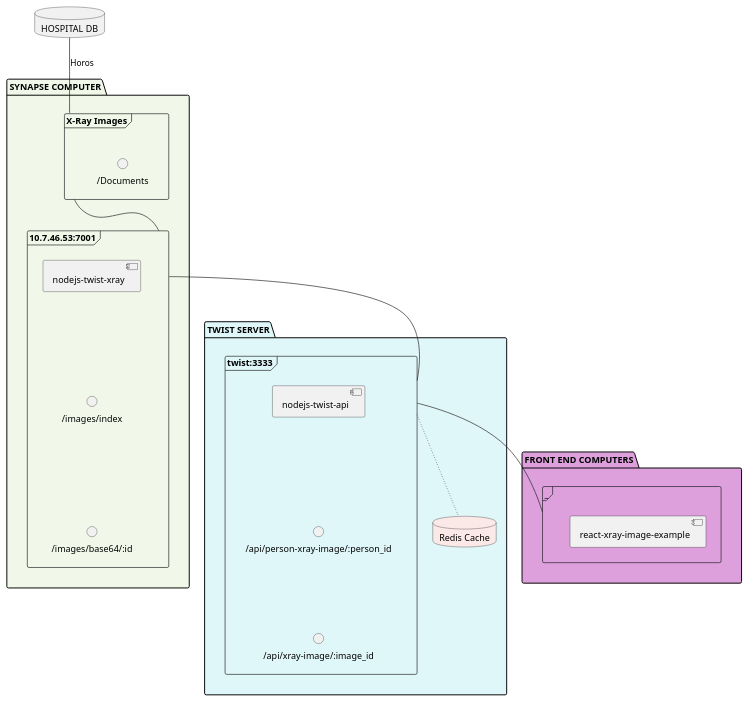
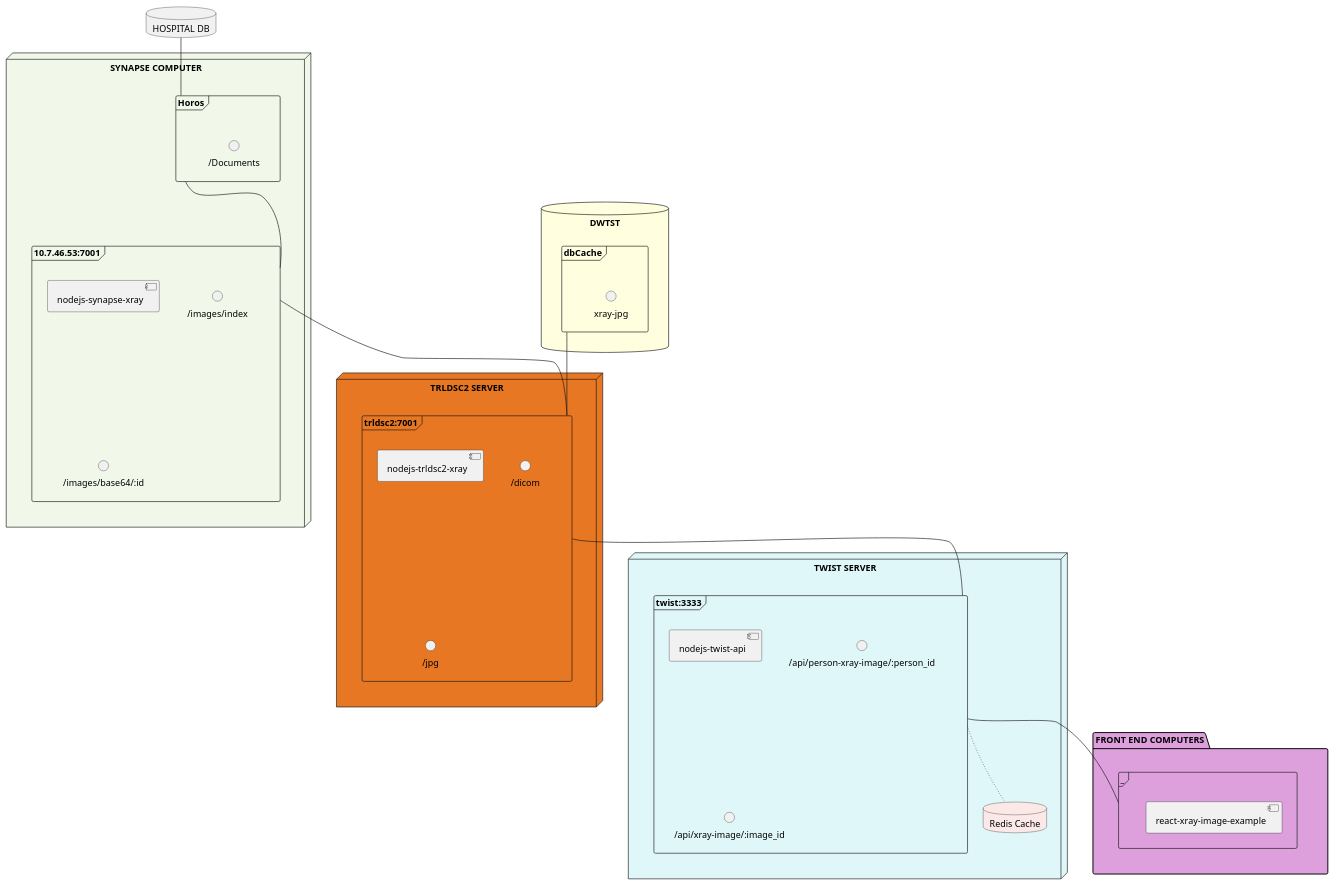
Before and after one commit to TwistTRL/nodejs-twist-api: the diagram in assets/xray-image.iuml, drawn with PlantUML. The commit also changed 2 other files, not shown here.

Commit message:
fixed a bug on inout.RESULT_VAL; added xray iuml

```diff
--- a/assets/xray-image.iuml
+++ b/assets/xray-image.iuml
@@ -1,48 +1,71 @@
 @startuml xray-image
 
 skinparam componentStyle uml2
 
 database "HOSPITAL DB" as db
 
-package "SYNAPSE COMPUTER" as synapse #f1f8e9 {
-    frame "X-Ray Images" as images {
+node "SYNAPSE COMPUTER" as synapse #f1f8e9 {
+    frame "Horos" as horos {
         interface "/Documents"
     }
 
     frame "10.7.46.53:7001" as imageAPI {
-        component "nodejs-twist-xray" as componentImageAPI
+        component "nodejs-synapse-xray" as componentImageAPI
         interface "/images/index" as imageIndex
         interface "/images/base64/:id" as imageBase
-        componentImageAPI -[hidden]down- imageIndex
-        imageIndex -[hidden]down- imageBase
+        ' componentImageAPI -[hidden]down- imageIndex
+        ' imageIndex -[hidden]down- imageBase
     }
 
-    images -- imageAPI
+    horos -- imageAPI
 }
 
-package "TWIST SERVER" as twist #e0f7fa {
+node "TRLDSC2 SERVER" as trldsc2 #e77722 {
+    frame "trldsc2:7001" as trldsc2API {
+        component "nodejs-trldsc2-xray" as trldsc2ImageAPI
+        interface "/dicom"
+        interface "/jpg"        
+    }
+}
+
+
+node "TWIST SERVER" as twist #e0f7fa {
     frame "twist:3333" as twistAPI {
         component "nodejs-twist-api" as componentTwistAPI
         interface "/api/person-xray-image/:person_id" as apiPerson
         interface "/api/xray-image/:image_id" as apiImage
-        componentTwistAPI -[hidden]down- apiPerson
-        apiPerson -[hidden]down- apiImage
+        ' componentTwistAPI -[hidden]down- apiPerson
+        ' apiPerson -[hidden]down- apiImage
     }
 
     database "Redis Cache" as Redis #fbe9e7 {
     }
 
     twistAPI ~down~ Redis
 }
 
+database DWTST #LightYellow {
+    frame dbCache {
+        interface "xray-jpg" as xrayJpg
+    }
+}
+
 package "FRONT END COMPUTERS" as frontEnd #Plum {
     frame "_" as imageFE {
         component "react-xray-image-example"
     }
 }
 
-db -down- images : Horos
-imageAPI -down- twistAPI
-imageFE -up- twistAPI
+
+synapse -[hidden]- trldsc2
+trldsc2 -[hidden]- twist
+twist -[hidden]- frontEnd
+' DWTST -[hidden]- twist
+
+db -down- horos
+imageAPI -- trldsc2API
+trldsc2API -- twistAPI
+trldsc2API -up- dbCache
+twistAPI -- imageFE
 
 @enduml
```
